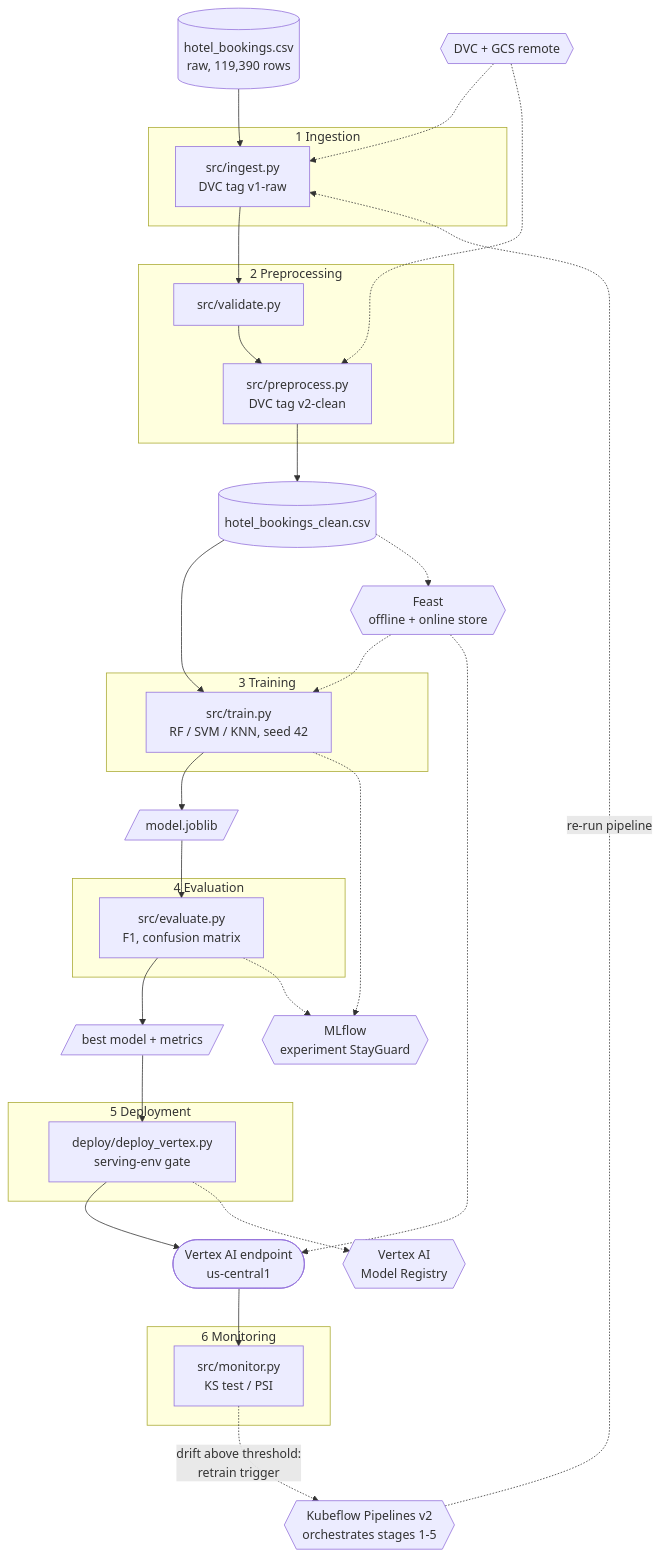
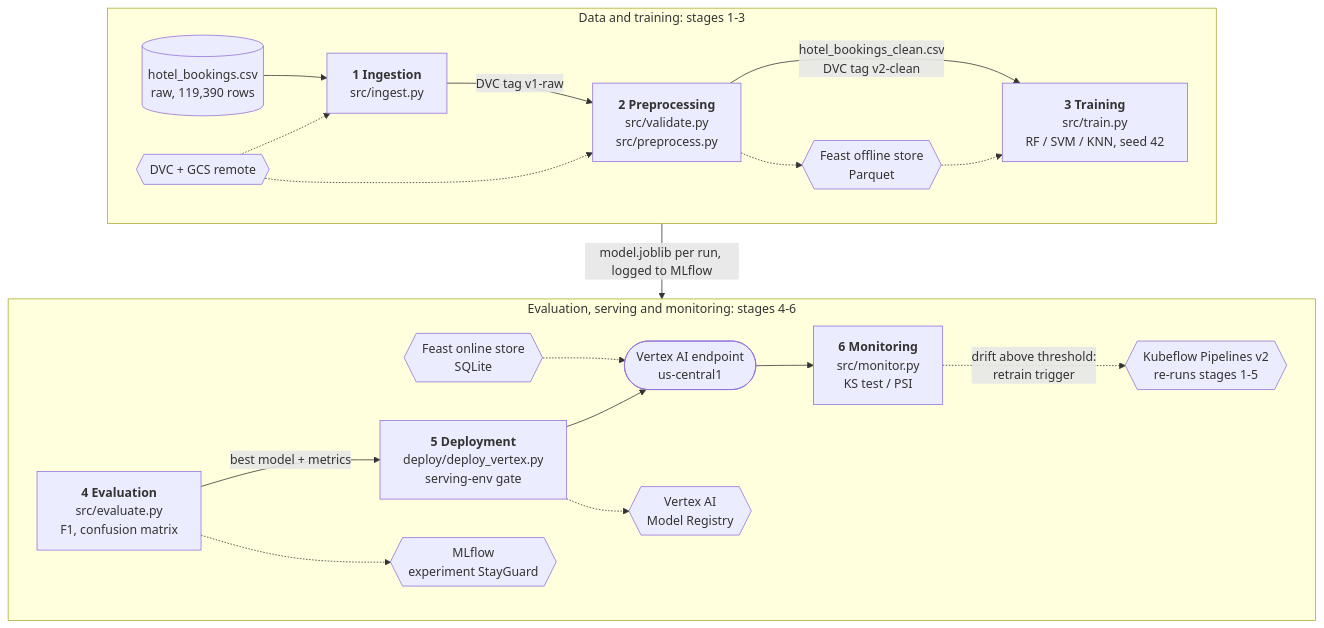
The diagram in report/lifecycle.mmd (rakshitha-manoj/StayGuard), drawn with Mermaid before and after one commit. The commit also changed 3 other files, not shown here.

First line of the commit message:
Rebalance lifecycle diagram into two rows for slides

```diff
--- a/report/lifecycle.mmd
+++ b/report/lifecycle.mmd
@@ -1,47 +1,35 @@
 flowchart TB
-    RAW[("hotel_bookings.csv<br/>raw, 119,390 rows")]
-
-    subgraph S1["1 Ingestion"]
-        ING["src/ingest.py<br/>DVC tag v1-raw"]
+    subgraph R1["Data and training: stages 1-3"]
+        direction LR
+        RAW[("hotel_bookings.csv<br/>raw, 119,390 rows")]
+        ING["<b>1 Ingestion</b><br/>src/ingest.py"]
+        PRE["<b>2 Preprocessing</b><br/>src/validate.py<br/>src/preprocess.py"]
+        TRN["<b>3 Training</b><br/>src/train.py<br/>RF / SVM / KNN, seed 42"]
+        DVC{{"DVC + GCS remote"}}
+        FEAST{{"Feast offline store<br/>Parquet"}}
+        RAW --> ING
+        ING -- "DVC tag v1-raw" --> PRE
+        PRE -- "hotel_bookings_clean.csv<br/>DVC tag v2-clean" --> TRN
+        DVC -.-> ING
+        DVC -.-> PRE
+        PRE -.-> FEAST
+        FEAST -.-> TRN
     end
-    subgraph S2["2 Preprocessing"]
-        VAL["src/validate.py"]
-        PRE["src/preprocess.py<br/>DVC tag v2-clean"]
+    subgraph R2["Evaluation, serving and monitoring: stages 4-6"]
+        direction LR
+        EVA["<b>4 Evaluation</b><br/>src/evaluate.py<br/>F1, confusion matrix"]
+        DEP["<b>5 Deployment</b><br/>deploy/deploy_vertex.py<br/>serving-env gate"]
+        EP(["Vertex AI endpoint<br/>us-central1"])
+        MON["<b>6 Monitoring</b><br/>src/monitor.py<br/>KS test / PSI"]
+        FON{{"Feast online store<br/>SQLite"}}
+        KFP{{"Kubeflow Pipelines v2<br/>re-runs stages 1-5"}}
+        MLF{{"MLflow<br/>experiment StayGuard"}}
+        VTX{{"Vertex AI<br/>Model Registry"}}
+        EVA -- "best model + metrics" --> DEP
+        DEP --> EP --> MON
+        FON -.-> EP
+        MON -. "drift above threshold:<br/>retrain trigger" .-> KFP
+        EVA -.-> MLF
+        DEP -.-> VTX
     end
-    subgraph S3["3 Training"]
-        TRN["src/train.py<br/>RF / SVM / KNN, seed 42"]
-    end
-    subgraph S4["4 Evaluation"]
-        EVA["src/evaluate.py<br/>F1, confusion matrix"]
-    end
-    subgraph S5["5 Deployment"]
-        DEP["deploy/deploy_vertex.py<br/>serving-env gate"]
-    end
-    subgraph S6["6 Monitoring"]
-        MON["src/monitor.py<br/>KS test / PSI"]
-    end
-
-    CLEAN[("hotel_bookings_clean.csv")]
-    MODEL[/"model.joblib"/]
-    BEST[/"best model + metrics"/]
-    EP(["Vertex AI endpoint<br/>us-central1"])
-
-    DVC{{"DVC + GCS remote"}}
-    FEAST{{"Feast<br/>offline + online store"}}
-    MLF{{"MLflow<br/>experiment StayGuard"}}
-    KFP{{"Kubeflow Pipelines v2<br/>orchestrates stages 1-5"}}
-    VTX{{"Vertex AI<br/>Model Registry"}}
-
-    RAW --> ING --> VAL --> PRE --> CLEAN --> TRN --> MODEL --> EVA --> BEST --> DEP --> EP
-    EP --> MON
-    MON -. "drift above threshold:<br/>retrain trigger" .-> KFP
-    KFP -. "re-run pipeline" .-> ING
-
-    DVC -.-> ING
-    DVC -.-> PRE
-    CLEAN -.-> FEAST
-    FEAST -.-> TRN
-    FEAST -.-> EP
-    TRN -.-> MLF
-    EVA -.-> MLF
-    DEP -.-> VTX
+    R1 -- "model.joblib per run, logged to MLflow" --> R2
```
